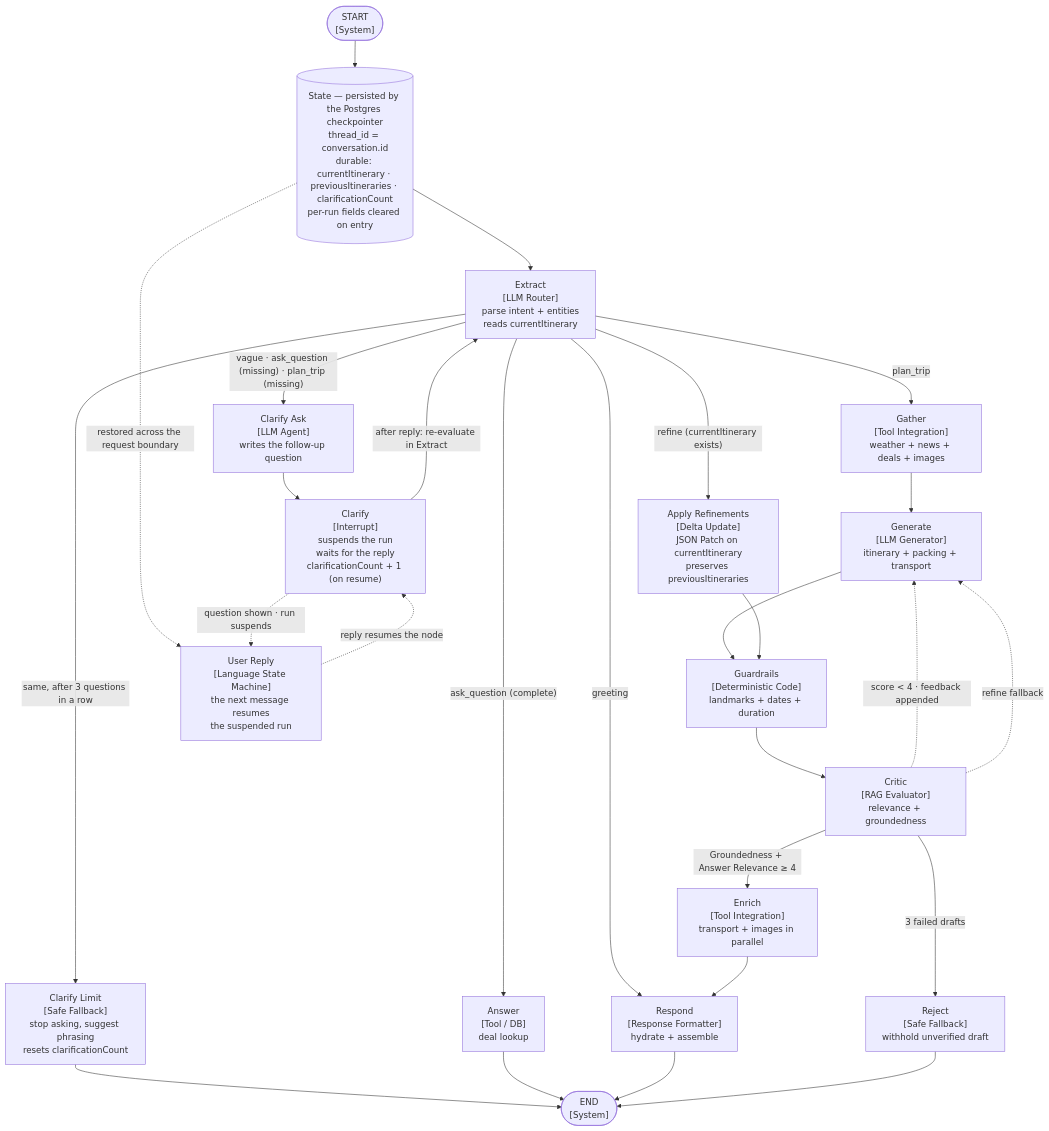
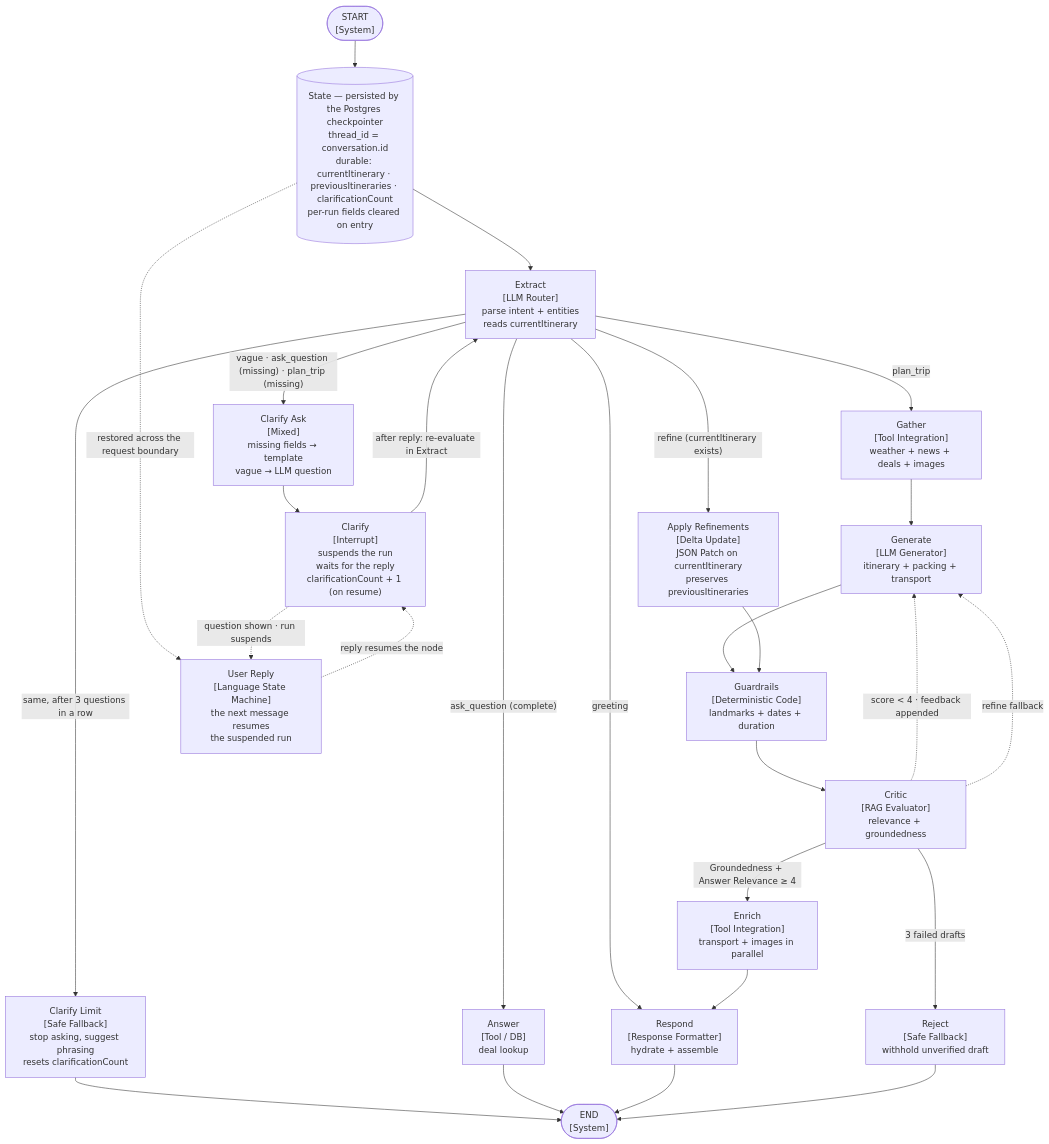
The diagram in README.md (hadileonard08/jalan), drawn with Mermaid before and after one commit. The commit also changed other lines of this file, not shown here.

````diff
--- a/README.md
+++ b/README.md
@@ -66,69 +66,70 @@
 ```mermaid
 flowchart TD
     START(["START<br/>[System]"])
     END(["END<br/>[System]"])
 
     state[("State — persisted by the Postgres checkpointer<br/>thread_id = conversation.id<br/>durable: currentItinerary · previousItineraries · clarificationCount<br/>per-run fields cleared on entry")]
     extract["Extract<br/>[LLM Router]<br/>parse intent + entities<br/>reads currentItinerary"]
-    clarifyAsk["Clarify Ask<br/>[LLM Agent]<br/>writes the follow-up question"]
+    clarifyAsk["Clarify Ask<br/>[Mixed]<br/>missing fields → template<br/>vague → LLM question"]
     clarify["Clarify<br/>[Interrupt]<br/>suspends the run<br/>waits for the reply<br/>clarificationCount + 1 (on resume)"]
     clarifyLimit["Clarify Limit<br/>[Safe Fallback]<br/>stop asking, suggest phrasing<br/>resets clarificationCount"]
     gather["Gather<br/>[Tool Integration]<br/>weather + news + deals + images"]
     generate["Generate<br/>[LLM Generator]<br/>itinerary + packing + transport"]
     applyRefinements["Apply Refinements<br/>[Delta Update]<br/>JSON Patch on currentItinerary<br/>preserves previousItineraries"]
     guardrails["Guardrails<br/>[Deterministic Code]<br/>landmarks + dates + duration"]
     critic["Critic<br/>[RAG Evaluator]<br/>relevance + groundedness"]
     enrich["Enrich<br/>[Tool Integration]<br/>transport + images in parallel"]
     answer["Answer<br/>[Tool / DB]<br/>deal lookup"]
     respond["Respond<br/>[Response Formatter]<br/>hydrate + assemble"]
     reject["Reject<br/>[Safe Fallback]<br/>withhold unverified draft"]
     userReply["User Reply<br/>[Language State Machine]<br/>the next message resumes<br/>the suspended run"]
 
     %% Entry — the thread's state is restored before Extract runs
     START --> state
     state --> extract
 
     %% Persistence: the checkpointer saves state after every step (when one is
     %% configured), so a suspended run continues on the next request.
     state -.->|"restored across the request boundary"| userReply
 
     %% Extract routing — consolidated labels to avoid overlap
     extract -->|"greeting"| respond
     extract -->|"vague · ask_question (missing) · plan_trip (missing)"| clarifyAsk
     extract -->|"same, after 3 questions in a row"| clarifyLimit
     extract -->|"ask_question (complete)"| answer
     extract -->|"plan_trip"| gather
     extract -->|"refine (currentItinerary exists)"| applyRefinements
 
     %% Direct answers and the loop-guard fallback are final responses
     clarifyLimit --> END
     answer --> END
 
     %% The clarification loop, entirely inside the graph: Clarify Ask writes the
-    %% question, Clarify suspends the run with interrupt(), and the user's reply
+    %% question (template for missing fields, LLM for vague), Clarify suspends
+    %% the run with interrupt(), and the user's reply
     %% resumes it straight back into Extract — up to MAX_CLARIFICATIONS = 3 in a
     %% row, after which the router diverts to Clarify Limit.
     clarifyAsk --> clarify
     clarify -->|"after reply: re-evaluate in Extract"| extract
     clarify -.->|"question shown · run suspends"| userReply
     userReply -.->|"reply resumes the node"| clarify
 
     %% Main pipeline — Gather clears the clarification streak
     gather --> generate
     generate --> guardrails
     applyRefinements --> guardrails
     guardrails --> critic
 
     %% Critic routing — approval goes to enrichment; rejection loops back to generation
     critic -->|"Groundedness + Answer Relevance ≥ 4"| enrich
     critic -.->|"score < 4 · feedback appended"| generate
     critic -.->|"refine fallback"| generate
     critic -->|"3 failed drafts"| reject
 
     %% Enrichment runs transport + images concurrently, then responds
     enrich --> respond
 
     %% Terminal
     respond --> END
     reject --> END
 ```
````
